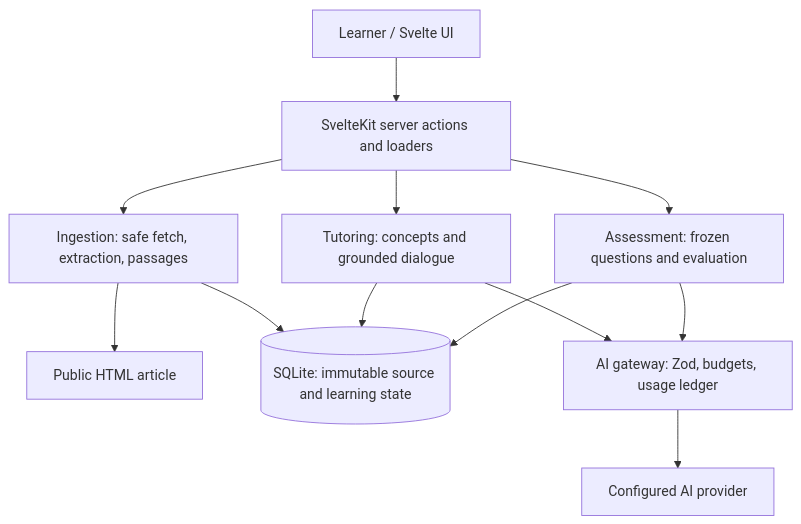
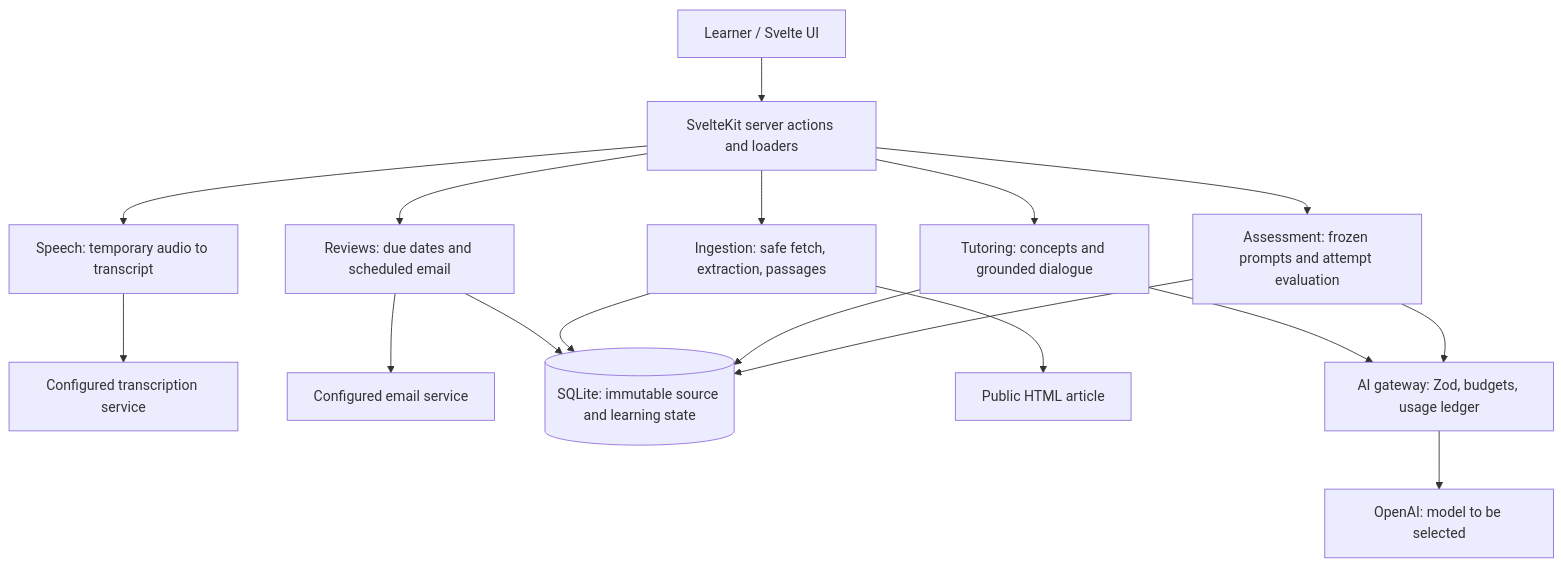
One commit to tabassumsarah/ai-learning-lab changed the diagram in docs/architecture.md. Above: the diagram before and after it, drawn with Mermaid. The commit also changed other lines of this file and 12 other files, not shown here.

````diff
--- a/docs/architecture.md
+++ b/docs/architecture.md
@@ -7,14 +11,19 @@
 ```mermaid
 flowchart TD
   U[Learner / Svelte UI] --> K[SvelteKit server actions and loaders]
   K --> I[Ingestion: safe fetch, extraction, passages]
   K --> T[Tutoring: concepts and grounded dialogue]
-  K --> E[Assessment: frozen questions and evaluation]
+  K --> E[Assessment: frozen prompts and attempt evaluation]
+  K --> S[Speech: temporary audio to transcript]
+  K --> R[Reviews: due dates and scheduled email]
+  S --> X[Configured transcription service]
+  R --> M[Configured email service]
+  R --> D
   I --> W[Public HTML article]
   I --> D[(SQLite: immutable source and learning state)]
   T --> D
   E --> D
   T --> G[AI gateway: Zod, budgets, usage ledger]
   E --> G
-  G --> P[Configured AI provider]
+  G --> P[OpenAI: model to be selected]
 ```
````
